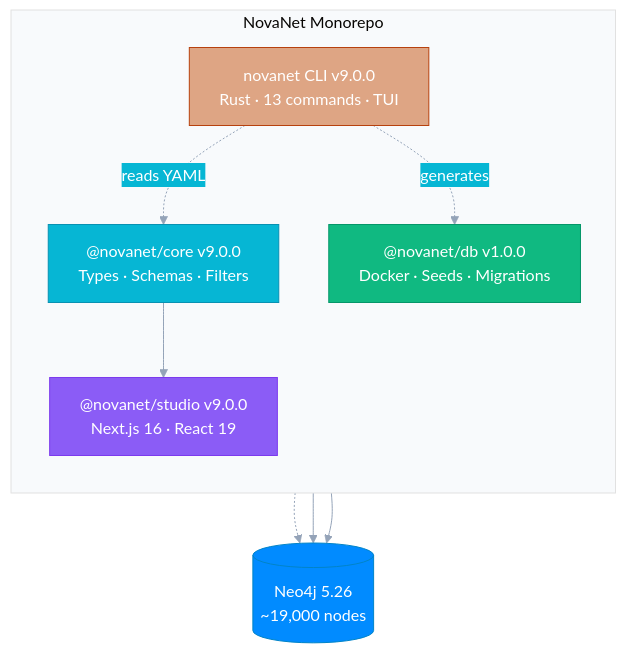
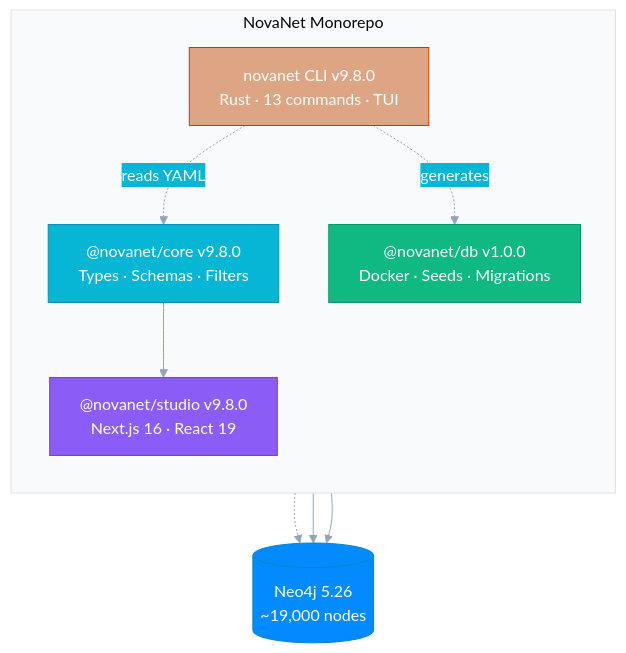
The diagram in README.md (supernovae-st/novanet), drawn with Mermaid before and after one commit. The commit also changed 3 other files, not shown here.

````diff
--- a/README.md
+++ b/README.md
@@ -45,33 +45,33 @@
 ```mermaid
 %%{init: {'theme': 'base', 'themeVariables': {
   'primaryColor': '#6366f1',
   'primaryTextColor': '#fff',
   'primaryBorderColor': '#4f46e5',
   'lineColor': '#94a3b8',
   'secondaryColor': '#06b6d4',
   'tertiaryColor': '#f8fafc'
 }}}%%
 flowchart TB
     subgraph MONO["NovaNet Monorepo"]
         direction TB
-        CORE["@novanet/core v9.0.0\nTypes · Schemas · Filters"]
+        CORE["@novanet/core v9.8.0\nTypes · Schemas · Filters"]
         DB["@novanet/db v1.0.0\nDocker · Seeds · Migrations"]
-        STUDIO["@novanet/studio v9.0.0\nNext.js 16 · React 19"]
-        RUST["novanet CLI v9.0.0\nRust · 13 commands · TUI"]
+        STUDIO["@novanet/studio v9.8.0\nNext.js 16 · React 19"]
+        RUST["novanet CLI v9.8.0\nRust · 13 commands · TUI"]
     end
 
     CORE --> STUDIO
     RUST -.->|reads YAML| CORE
     RUST -.->|generates| DB
 
     NEO4J[("Neo4j 5.26\n~19,000 nodes")]
     DB -.-> NEO4J
     STUDIO --> NEO4J
     RUST --> NEO4J
 
     style CORE fill:#06b6d4,stroke:#0891b2,color:#fff
     style DB fill:#10b981,stroke:#059669,color:#fff
     style STUDIO fill:#8b5cf6,stroke:#7c3aed,color:#fff
     style RUST fill:#DEA584,stroke:#B7410E,color:#fff
     style NEO4J fill:#018bff,stroke:#0284c7,color:#fff
 ```
````
